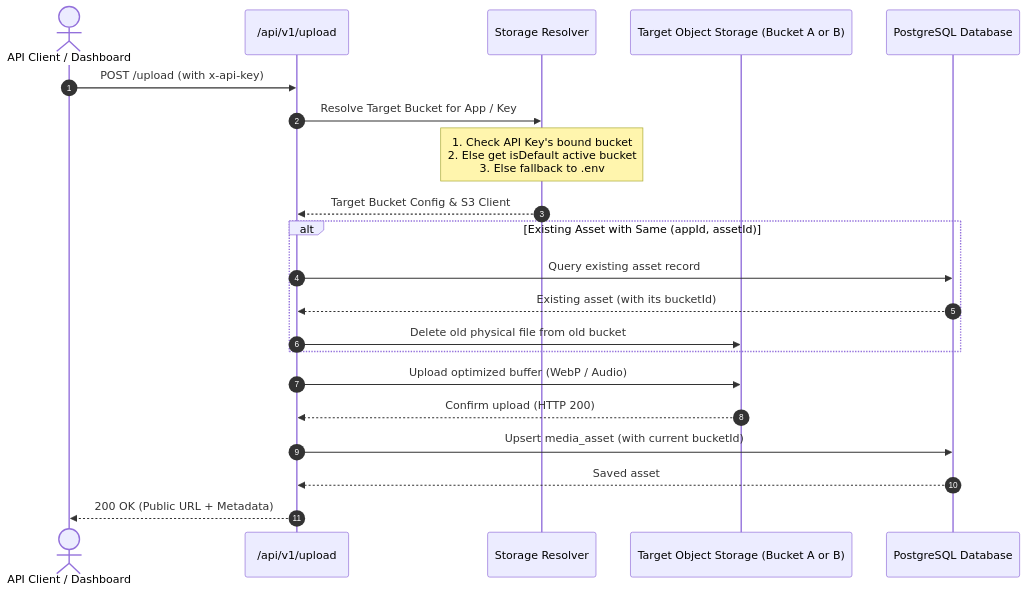
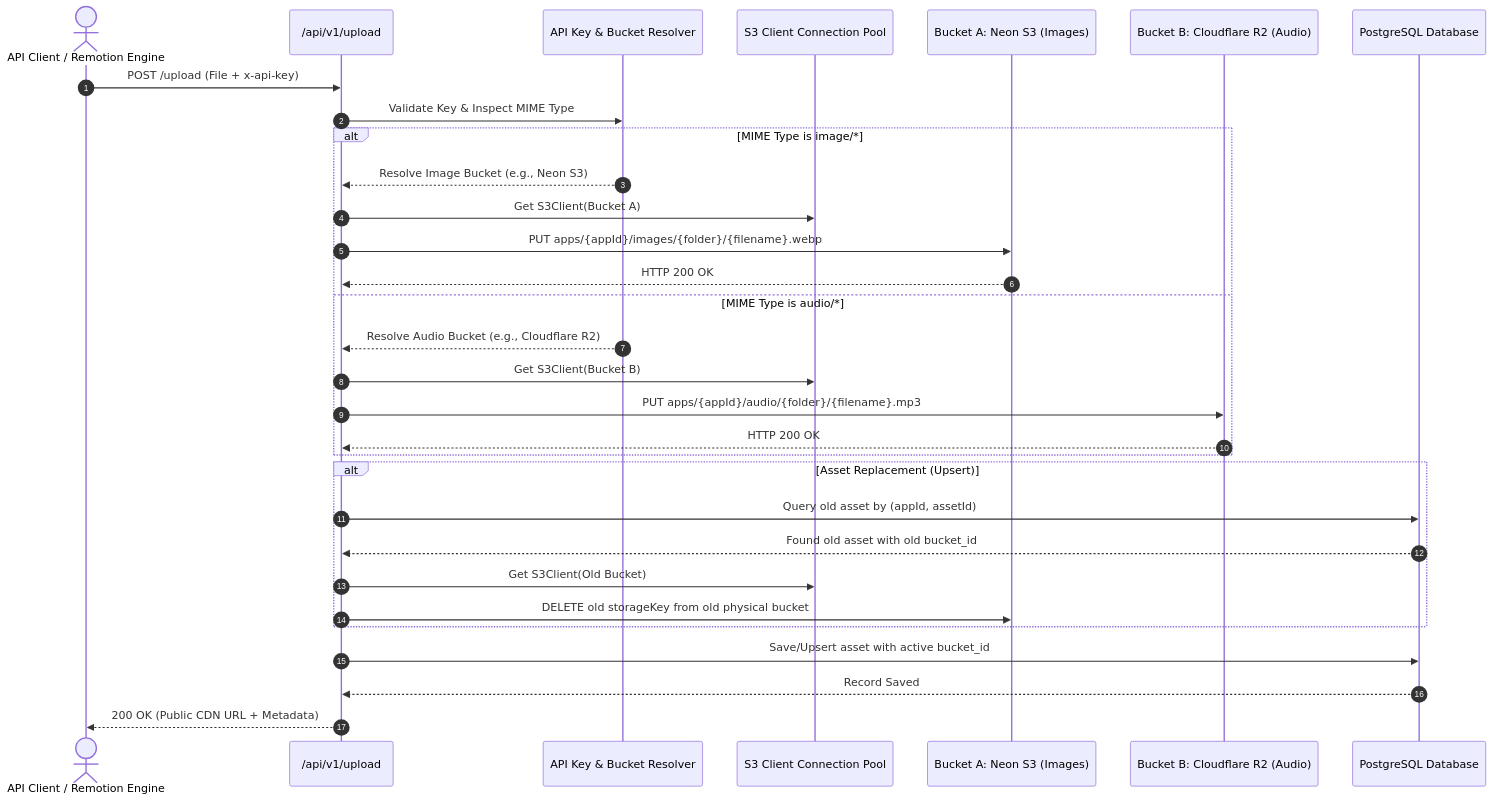
Before and after one commit to mmsstudio-org/MMS-CloudVault: the diagram in docs/MULTI_BUCKET_ARCHITECTURE.md, drawn with Mermaid. The commit also changed other lines of this file and 13 other files, not shown here.

Commit message:
feat: complete database-driven multi-bucket architecture, MIME-type routing, and admin UI

````diff
--- a/docs/MULTI_BUCKET_ARCHITECTURE.md
+++ b/docs/MULTI_BUCKET_ARCHITECTURE.md
@@ -136,26 +25,37 @@
 ```mermaid
 sequenceDiagram
     autonumber
-    actor Client as API Client / Dashboard
-    participant API as /api/v1/upload
-    participant Resolver as Storage Resolver
-    participant TargetS3 as Target Object Storage (Bucket A or B)
+    actor Client as API Client / Remotion Engine
+    participant UploadRoute as /api/v1/upload
+    participant KeyService as API Key & Bucket Resolver
+    participant Pool as S3 Client Connection Pool
+    participant S3A as Bucket A: Neon S3 (Images)
+    participant S3B as Bucket B: Cloudflare R2 (Audio)
     participant DB as PostgreSQL Database
 
-    Client->>API: POST /upload (with x-api-key)
-    API->>Resolver: Resolve Target Bucket for App / Key
-    Note over Resolver: 1. Check API Key's bound bucket<br/>2. Else get isDefault active bucket<br/>3. Else fallback to .env
-    Resolver-->>API: Target Bucket Config & S3 Client
-
-    alt Existing Asset with Same (appId, assetId)
-        API->>DB: Query existing asset record
-        DB-->>API: Existing asset (with its bucketId)
-        API->>TargetS3: Delete old physical file from old bucket
+    Client->>UploadRoute: POST /upload (File + x-api-key)
+    UploadRoute->>KeyService: Validate Key & Inspect MIME Type
+    
+    alt MIME Type is image/*
+        KeyService-->>UploadRoute: Resolve Image Bucket (e.g., Neon S3)
+        UploadRoute->>Pool: Get S3Client(Bucket A)
+        UploadRoute->>S3A: PUT apps/{appId}/images/{folder}/{filename}.webp
+        S3A-->>UploadRoute: HTTP 200 OK
+    else MIME Type is audio/*
+        KeyService-->>UploadRoute: Resolve Audio Bucket (e.g., Cloudflare R2)
+        UploadRoute->>Pool: Get S3Client(Bucket B)
+        UploadRoute->>S3B: PUT apps/{appId}/audio/{folder}/{filename}.mp3
+        S3B-->>UploadRoute: HTTP 200 OK
     end
 
-    API->>TargetS3: Upload optimized buffer (WebP / Audio)
-    TargetS3-->>API: Confirm upload (HTTP 200)
-    API->>DB: Upsert media_asset (with current bucketId)
-    DB-->>API: Saved asset
-    API-->>Client: 200 OK (Public URL + Metadata)
+    alt Asset Replacement (Upsert)
+        UploadRoute->>DB: Query old asset by (appId, assetId)
+        DB-->>UploadRoute: Found old asset with old bucket_id
+        UploadRoute->>Pool: Get S3Client(Old Bucket)
+        UploadRoute->>S3A: DELETE old storageKey from old physical bucket
+    end
+
+    UploadRoute->>DB: Save/Upsert asset with active bucket_id
+    DB-->>UploadRoute: Record Saved
+    UploadRoute-->>Client: 200 OK (Public CDN URL + Metadata)
 ```
````
